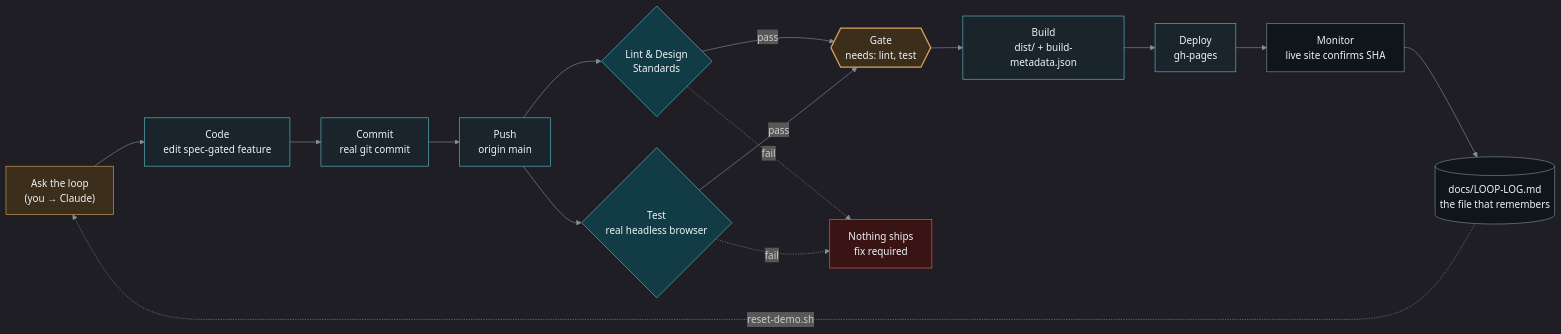
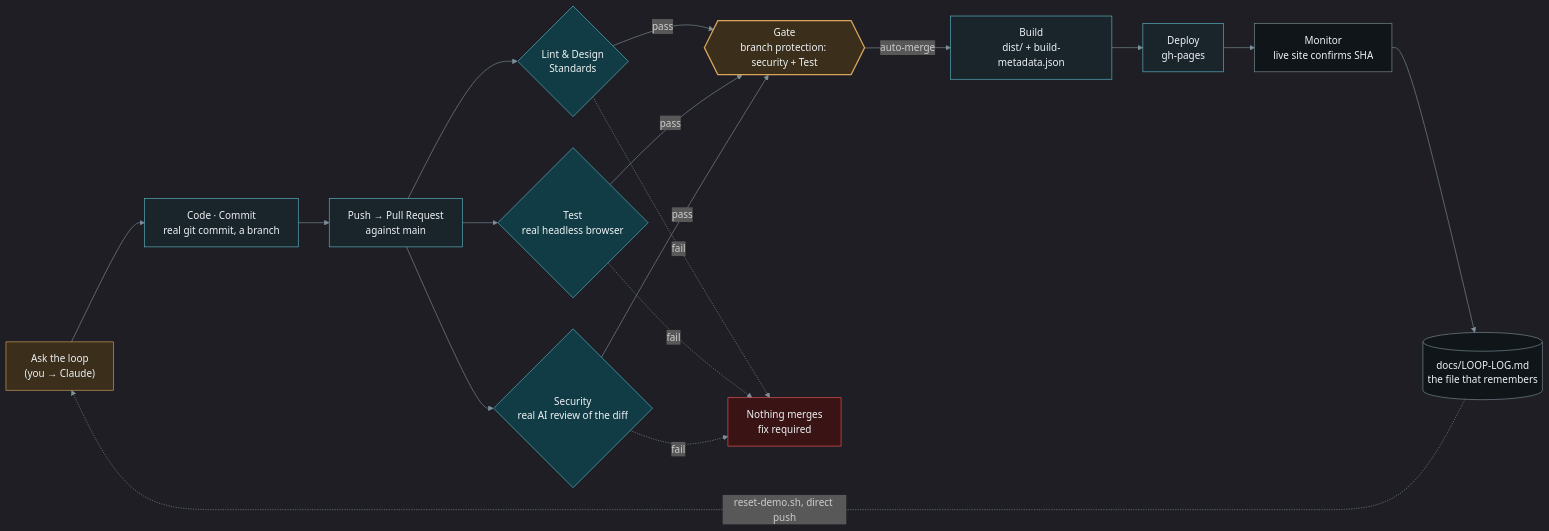
The diagram in DEMO.md (nishant7k/LoopEngineeringClaude), drawn with Mermaid before and after one commit. The commit also changed other lines of this file and 2 other files, not shown here.

First line of the commit message:
Combine feature and security loops into one PR-gated stepper (#12)

````diff
--- a/DEMO.md
+++ b/DEMO.md
@@ -53,33 +68,35 @@
 ```mermaid
 %%{init: {'theme':'dark', 'themeVariables': {
   'primaryColor': '#1a242b',
   'primaryTextColor': '#edf2f4',
   'primaryBorderColor': '#5cbbcb',
   'lineColor': '#7f909a',
   'secondaryColor': '#243139',
   'tertiaryColor': '#0f1519',
   'fontFamily': 'IBM Plex Sans, sans-serif'
 }}}%%
 flowchart LR
-    ASK["Ask the loop\n(you → Claude)"]:::human --> CODE["Code\nedit spec-gated feature"]:::write
-    CODE --> COMMIT["Commit\nreal git commit"]:::write
-    COMMIT --> PUSH["Push\norigin main"]:::write
-    PUSH --> LINT{"Lint & Design\nStandards"}:::check
-    PUSH --> TEST{"Test\nreal headless browser"}:::check
-    LINT -->|pass| GATE{{"Gate\nneeds: lint, test"}}:::gate
+    ASK["Ask the loop\n(you → Claude)"]:::human --> CODE["Code · Commit\nreal git commit, a branch"]:::write
+    CODE --> PR["Push → Pull Request\nagainst main"]:::write
+    PR --> LINT{"Lint & Design\nStandards"}:::check
+    PR --> TEST{"Test\nreal headless browser"}:::check
+    PR --> SEC{"Security\nreal AI review of the diff"}:::check
+    LINT -->|pass| GATE{{"Gate\nbranch protection: security + Test"}}:::gate
     TEST -->|pass| GATE
-    LINT -.->|fail| STOP["Nothing ships\nfix required"]:::stop
+    SEC -->|pass| GATE
+    LINT -.->|fail| STOP["Nothing merges\nfix required"]:::stop
     TEST -.->|fail| STOP
-    GATE --> BUILD["Build\ndist/ + build-metadata.json"]:::write
+    SEC -.->|fail| STOP
+    GATE -->|auto-merge| BUILD["Build\ndist/ + build-metadata.json"]:::write
     BUILD --> DEPLOY["Deploy\ngh-pages"]:::write
     DEPLOY --> MONITOR["Monitor\nlive site confirms SHA"]:::state
     MONITOR --> LOG[("docs/LOOP-LOG.md\nthe file that remembers")]:::state
-    LOG -.->|reset-demo.sh| ASK
+    LOG -.->|reset-demo.sh, direct push| ASK
 
     classDef human fill:#3b2e1b,stroke:#d9a45b,color:#edf2f4
     classDef write fill:#1a242b,stroke:#5cbbcb,color:#edf2f4
     classDef check fill:#123c45,stroke:#5cbbcb,color:#edf2f4
     classDef gate fill:#3b2e1b,stroke:#d9a45b,color:#edf2f4,stroke-width:2px
     classDef stop fill:#3a1414,stroke:#f2555a,color:#edf2f4
     classDef state fill:#0f1519,stroke:#7f909a,color:#edf2f4
 ```
````
